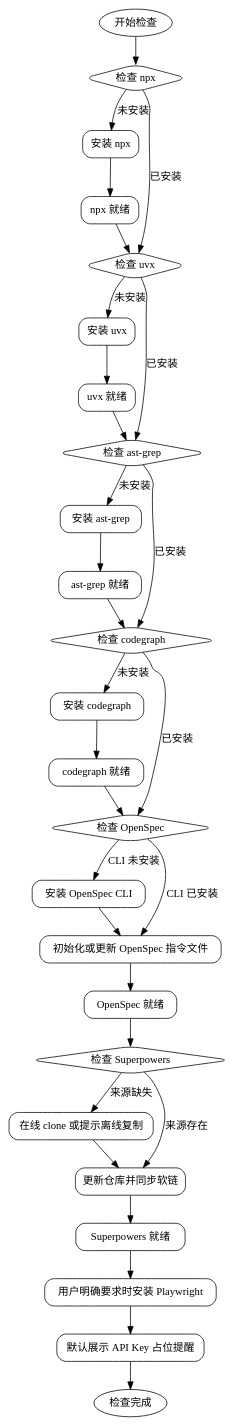
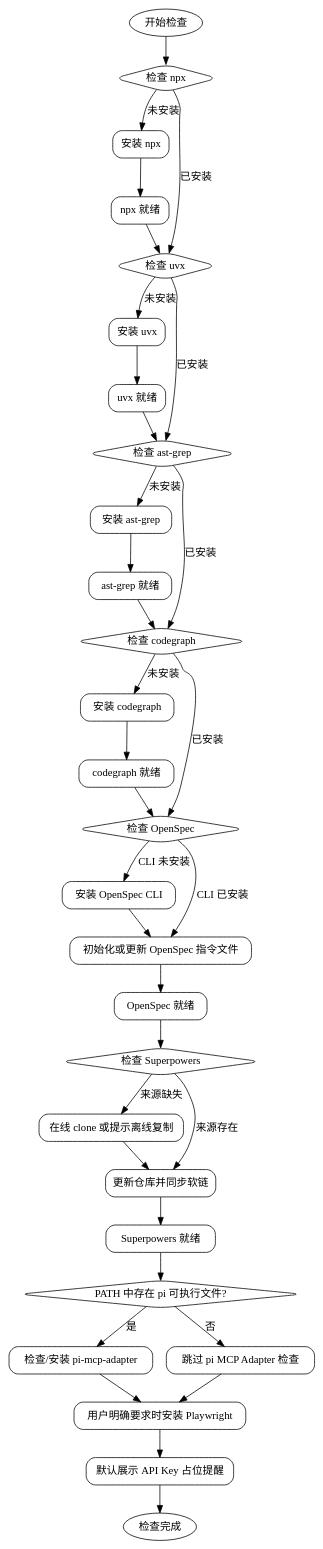
One commit to michaelChe956/Cadence-skills changed the second of 2 diagrams in cadence-init/skills/pre-check/SKILL.md. Above: the diagram before and after it, drawn with Graphviz. The commit also changed other lines of this file and 12 other files, not shown here.

````diff
--- a/cadence-init/skills/pre-check/SKILL.md
+++ b/cadence-init/skills/pre-check/SKILL.md
@@ -133,74 +134,81 @@
 ```dot
 digraph check_flow {
     rankdir=TB;
     node [shape=box, style="rounded"];
 
     start [label="开始检查", shape=ellipse];
 
     check_npx [label="检查 npx", shape=diamond];
     install_npx [label="安装 npx"];
     npx_done [label="npx 就绪"];
 
     check_uvx [label="检查 uvx", shape=diamond];
     install_uvx [label="安装 uvx"];
     uvx_done [label="uvx 就绪"];
 
     check_ast_grep [label="检查 ast-grep", shape=diamond];
     install_ast_grep [label="安装 ast-grep"];
     ast_grep_done [label="ast-grep 就绪"];
 
     check_codegraph [label="检查 codegraph", shape=diamond];
     install_codegraph [label="安装 codegraph"];
     codegraph_done [label="codegraph 就绪"];
 
     check_openspec [label="检查 OpenSpec", shape=diamond];
     install_openspec [label="安装 OpenSpec CLI"];
     sync_openspec [label="初始化或更新 OpenSpec 指令文件"];
     openspec_done [label="OpenSpec 就绪"];
 
     check_superpowers [label="检查 Superpowers", shape=diamond];
     clone_superpowers [label="在线 clone 或提示离线复制"];
     sync_superpowers [label="更新仓库并同步软链"];
     superpowers_done [label="Superpowers 就绪"];
 
+    check_pi_mcp [label="PATH 中存在 pi 可执行文件?", shape=diamond];
+    install_pi_mcp [label="检查/安装 pi-mcp-adapter"];
+    skip_pi_mcp [label="跳过 pi MCP Adapter 检查"];
     optional_playwright [label="用户明确要求时安装 Playwright", shape=box];
     remind_apikey [label="默认展示 API Key 占位提醒"];
 
     end [label="检查完成", shape=ellipse];
 
     start -> check_npx;
     check_npx -> install_npx [label="未安装"];
     check_npx -> check_uvx [label="已安装"];
     install_npx -> npx_done;
     npx_done -> check_uvx;
 
     check_uvx -> install_uvx [label="未安装"];
     check_uvx -> check_ast_grep [label="已安装"];
     install_uvx -> uvx_done;
     uvx_done -> check_ast_grep;
 
     check_ast_grep -> install_ast_grep [label="未安装"];
     check_ast_grep -> check_codegraph [label="已安装"];
     install_ast_grep -> ast_grep_done;
     ast_grep_done -> check_codegraph;
 
     check_codegraph -> install_codegraph [label="未安装"];
     check_codegraph -> check_openspec [label="已安装"];
     install_codegraph -> codegraph_done;
     codegraph_done -> check_openspec;
 
     check_openspec -> install_openspec [label="CLI 未安装"];
     check_openspec -> sync_openspec [label="CLI 已安装"];
     install_openspec -> sync_openspec;
     sync_openspec -> openspec_done;
     openspec_done -> check_superpowers;
 
     check_superpowers -> clone_superpowers [label="来源缺失"];
     check_superpowers -> sync_superpowers [label="来源存在"];
     clone_superpowers -> sync_superpowers;
     sync_superpowers -> superpowers_done;
-    superpowers_done -> optional_playwright;
+    superpowers_done -> check_pi_mcp;
+    check_pi_mcp -> install_pi_mcp [label="是"];
+    check_pi_mcp -> skip_pi_mcp [label="否"];
+    install_pi_mcp -> optional_playwright;
+    skip_pi_mcp -> optional_playwright;
     optional_playwright -> remind_apikey;
     remind_apikey -> end;
 }
 ```
````
